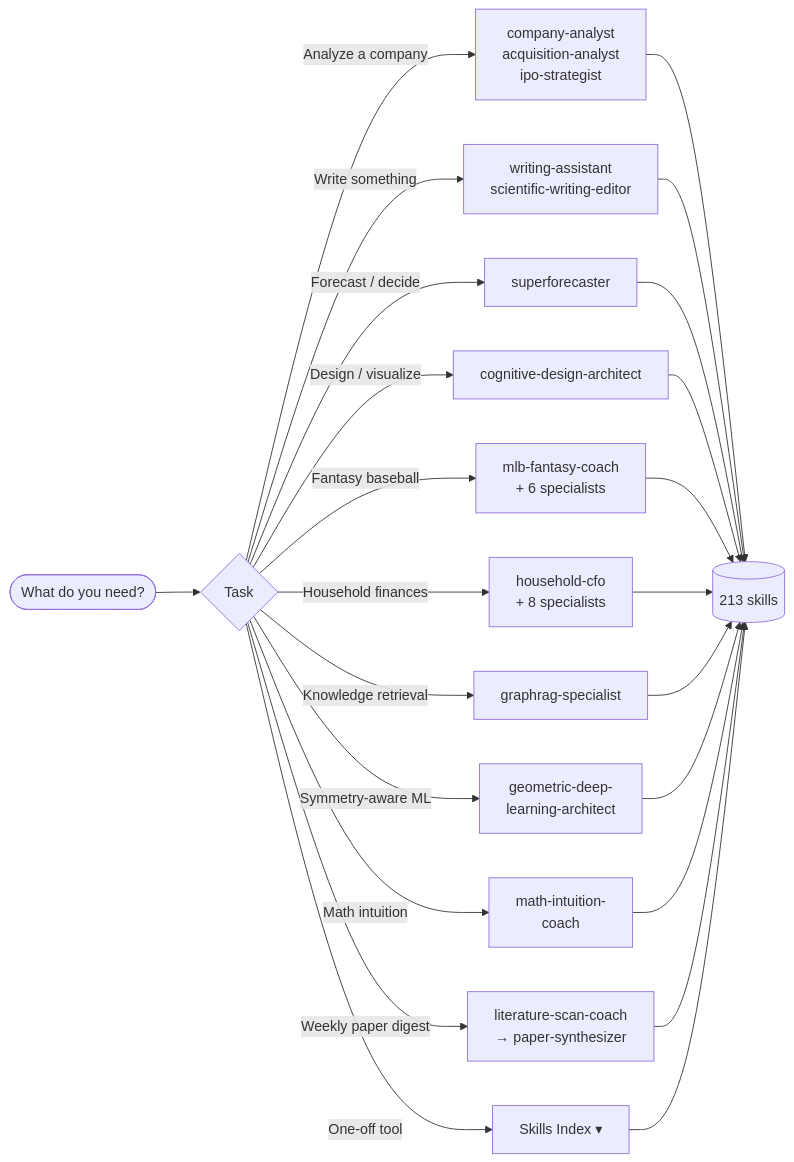
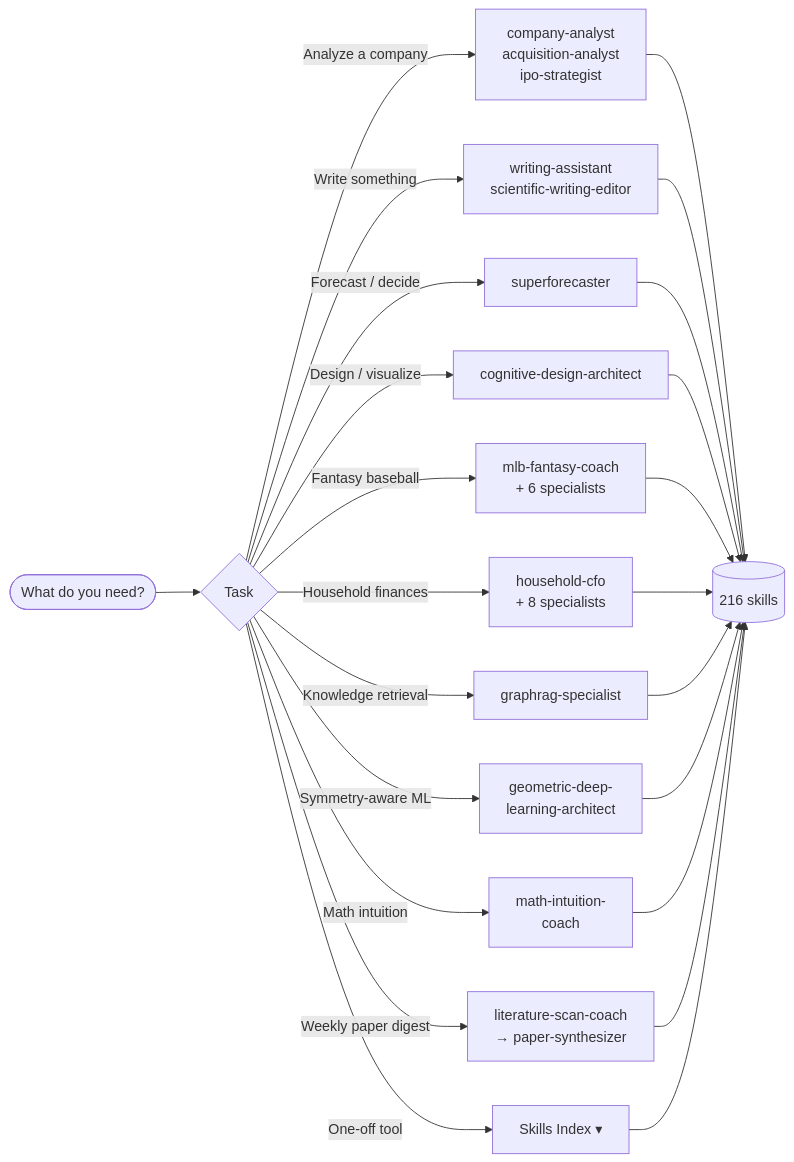
Before and after one commit to lyndonkl/claude: the diagram in README.md, drawn with Mermaid. The commit also changed other lines of this file and 6 other files, not shown here.

````diff
--- a/README.md
+++ b/README.md
@@ -39,17 +39,17 @@
 ```mermaid
 flowchart LR
     U([What do you need?]) --> D{Task}
     D -->|Analyze a company| CA[company-analyst<br/>acquisition-analyst<br/>ipo-strategist]
     D -->|Write something| WA[writing-assistant<br/>scientific-writing-editor]
     D -->|Forecast / decide| SF[superforecaster]
     D -->|Design / visualize| CD[cognitive-design-architect]
     D -->|Fantasy baseball| MLB[mlb-fantasy-coach<br/>+ 6 specialists]
     D -->|Household finances| HF[household-cfo<br/>+ 8 specialists]
     D -->|Knowledge retrieval| GR[graphrag-specialist]
     D -->|Symmetry-aware ML| GDL[geometric-deep-<br/>learning-architect]
     D -->|Math intuition| MI[math-intuition-<br/>coach]
     D -->|Weekly paper digest| LSC[literature-scan-coach<br/>→ paper-synthesizer]
     D -->|One-off tool| SK[Skills Index ▾]
-    CA & WA & SF & CD & MLB & HF & GR & GDL & MI & LSC --> S[(213 skills)]
+    CA & WA & SF & CD & MLB & HF & GR & GDL & MI & LSC --> S[(216 skills)]
     SK --> S
 ```
````
